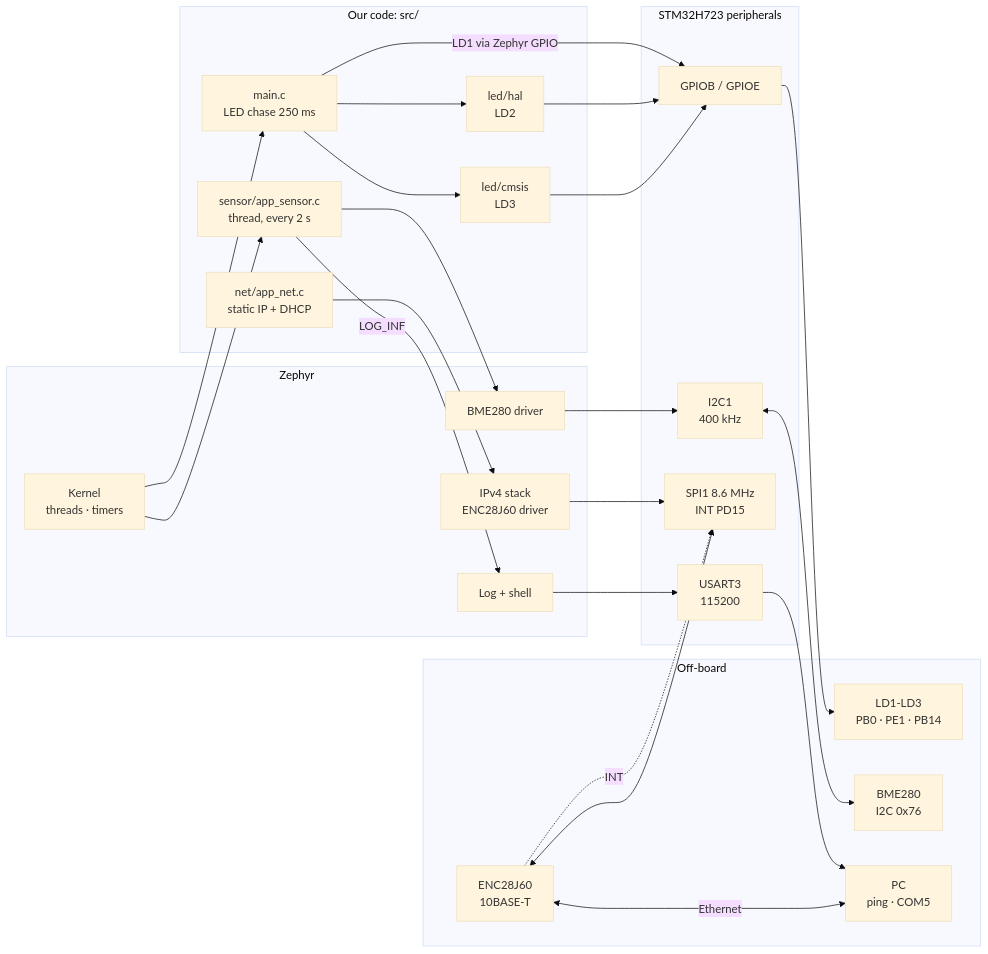
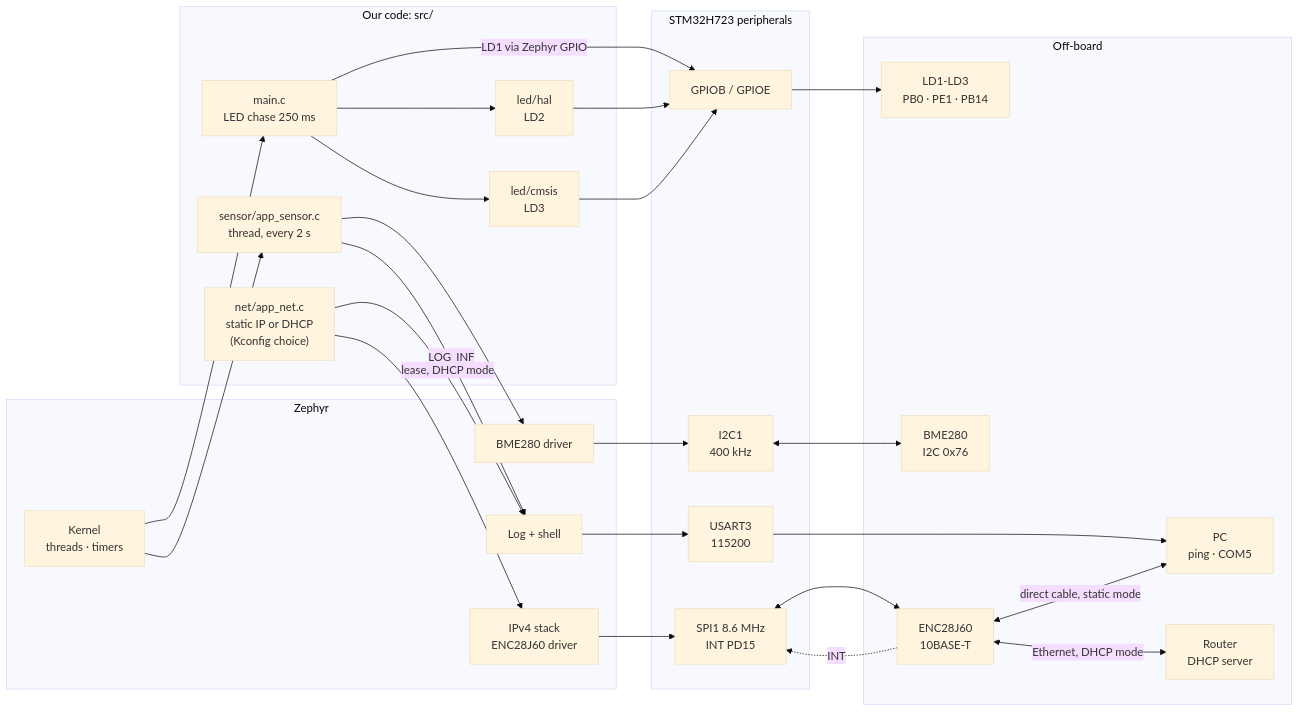
Before and after one commit to kgsinh/eco-connect-gateway: the first of 3 diagrams in docs/architecture.md, drawn with Mermaid (base theme). The commit also changed other lines of this file and 6 other files, not shown here.

First line of the commit message:
Network: static IPv4 or DHCPv4 selected by Kconfig choice

````diff
--- a/docs/architecture.md
+++ b/docs/architecture.md
@@ -9,38 +9,48 @@
 ```mermaid
 flowchart LR
-    subgraph OFF["Off-board"]
-        LEDS["LD1-LD3<br/>PB0 · PE1 · PB14"]
-        BME["BME280<br/>I2C 0x76"]
-        ENC["ENC28J60<br/>10BASE-T"]
-        PC["PC<br/>ping · COM5"]
+    subgraph SRC["Our code: src/"]
+        MAIN["main.c<br/>LED chase 250 ms"]
+        HAL["led/hal<br/>LD2"]
+        CMSIS["led/cmsis<br/>LD3"]
+        SENSOR["sensor/app_sensor.c<br/>thread, every 2 s"]
+        APPNET["net/app_net.c<br/>static IP or DHCP<br/>(Kconfig choice)"]
+    end
+    subgraph ZEPHYR["Zephyr"]
+        KERNEL["Kernel<br/>threads · timers"]
+        BMEDRV["BME280 driver"]
+        NET["IPv4 stack<br/>ENC28J60 driver"]
+        LOG["Log + shell"]
     end
     subgraph MCU["STM32H723 peripherals"]
         GPIO["GPIOB / GPIOE"]
         I2C1["I2C1<br/>400 kHz"]
         SPI1["SPI1 8.6 MHz<br/>INT PD15"]
         USART3["USART3<br/>115200"]
     end
-    subgraph ZEPHYR["Zephyr"]
-        KERNEL["Kernel<br/>threads · timers"]
-        BMEDRV["BME280 driver"]
-        NET["IPv4 stack<br/>ENC28J60 driver"]
-        LOG["Log + shell"]
-    end
-    subgraph SRC["Our code: src/"]
-        MAIN["main.c<br/>LED chase 250 ms"]
-        HAL["led/hal<br/>LD2"]
-        CMSIS["led/cmsis<br/>LD3"]
-        SENSOR["sensor/app_sensor.c<br/>thread, every 2 s"]
-        APPNET["net/app_net.c<br/>static IP + DHCP"]
+    subgraph OFF["Off-board"]
+        LEDS["LD1-LD3<br/>PB0 · PE1 · PB14"]
+        BME["BME280<br/>I2C 0x76"]
+        ENC["ENC28J60<br/>10BASE-T"]
+        PC["PC<br/>ping · COM5"]
+        ROUTER["Router<br/>DHCP server"]
     end
     KERNEL --> MAIN
     KERNEL --> SENSOR
     MAIN -->|"LD1 via Zephyr GPIO"| GPIO
     MAIN --> HAL --> GPIO
     MAIN --> CMSIS --> GPIO
     GPIO --> LEDS
-    SENSOR --> BMEDRV --> I2C1 <--> BME
-    SENSOR -->|LOG_INF| LOG --> USART3 --> PC
-    APPNET --> NET --> SPI1 <--> ENC <-->|Ethernet| PC
+    SENSOR --> BMEDRV
+    BMEDRV --> I2C1
+    I2C1 <--> BME
+    SENSOR -->|LOG_INF| LOG
+    APPNET -->|"lease, DHCP mode"| LOG
+    LOG --> USART3
+    USART3 --> PC
+    APPNET --> NET
+    NET --> SPI1
+    SPI1 <--> ENC
     ENC -.->|INT| SPI1
+    ENC <-->|"direct cable, static mode"| PC
+    ENC <-->|"Ethernet, DHCP mode"| ROUTER
 ```
````
